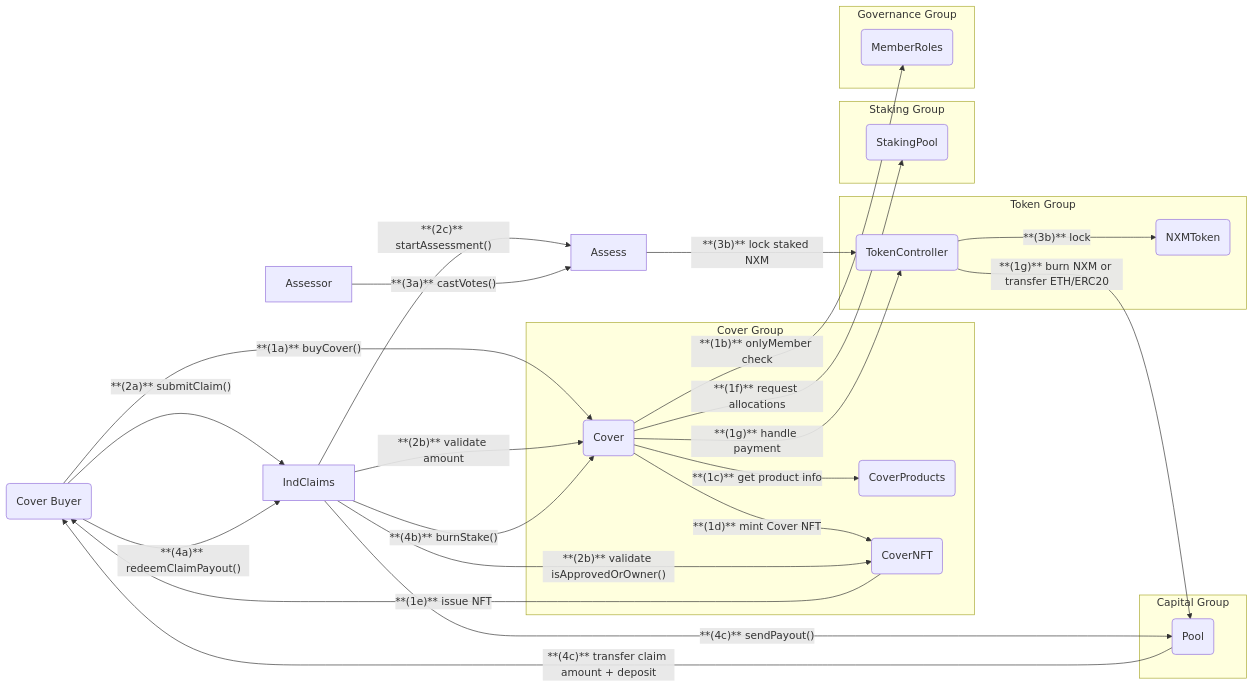
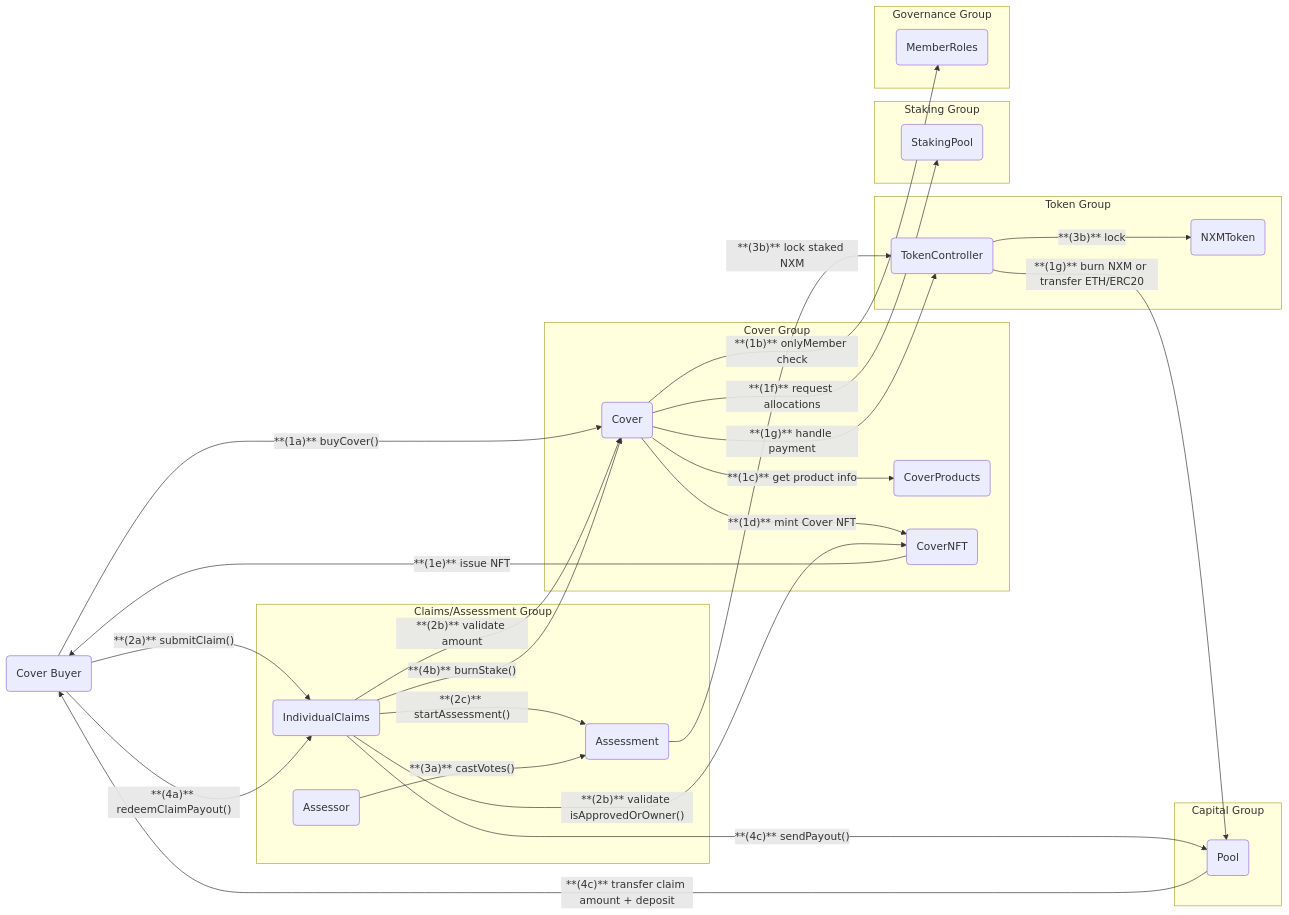
Before and after one commit to NexusMutual/smart-contracts: the first of 2 diagrams in docs/diagrams/nexus-mutual.md, drawn with Mermaid. The commit also changed other lines of this file and 3 other files, not shown here.

````diff
--- a/docs/diagrams/nexus-mutual.md
+++ b/docs/diagrams/nexus-mutual.md
@@ -21,54 +21,60 @@
 ```mermaid
 flowchart LR
     %% Actors & Contracts
     Buyer("Cover Buyer")
     subgraph "Cover Group"
       CoverC("Cover")
       CoverP("CoverProducts")
       CoverN("CoverNFT")
     end
 
     subgraph "Token Group"
       TC("TokenController")
       NXM("NXMToken")
     end
 
     subgraph "Capital Group"
       PoolC("Pool")
     end
 
     subgraph "Staking Group"
       SP("StakingPool")
     end
 
     subgraph "Governance Group"
       MR("MemberRoles")
+    end
+
+    subgraph "Claims/Assessment Group"
+      IndClaims("IndividualClaims")
+      Assess("Assessment")
+      Assessor("Assessor")
     end
 
     %% 1. Buy Cover (single tx)
     Buyer -->|"**(1a)** buyCover()"| CoverC
     CoverC -->|"**(1b)** onlyMember check"| MR
     CoverC -->|"**(1c)** get product info"| CoverP
     CoverC -->|"**(1d)** mint Cover NFT"| CoverN
     CoverN -->|"**(1e)** issue NFT"| Buyer
     CoverC -->|"**(1f)** request allocations"| SP
     CoverC -->|"**(1g)** handle payment"| TC
     TC -->|"**(1g)** burn NXM or transfer ETH/ERC20"| PoolC
 
     %% 2. Submit Claim (single tx)
     Buyer -->|"**(2a)** submitClaim()"| IndClaims
     IndClaims -->|"**(2b)** validate isApprovedOrOwner()"| CoverN
     IndClaims -->|"**(2b)** validate amount"| CoverC
     IndClaims -->|"**(2c)** startAssessment()"| Assess
 
     %% 3. Assessment Process (multiple tx)
     Assessor -->|"**(3a)** castVotes()"| Assess
     Assess -->|"**(3b)** lock staked NXM"| TC
     TC -->|"**(3b)** lock"| NXM
 
     %% 4. Claim Payout (single tx)
     Buyer -->|"**(4a)** redeemClaimPayout()"| IndClaims
     IndClaims -->|"**(4b)** burnStake()"| CoverC
     IndClaims -->|"**(4c)** sendPayout()"| PoolC
     PoolC -->|"**(4c)** transfer claim amount + deposit"| Buyer
 ```
````
